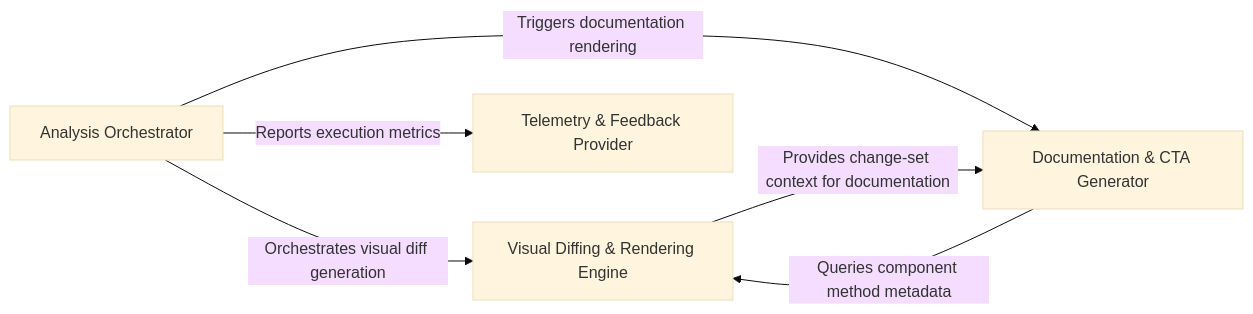
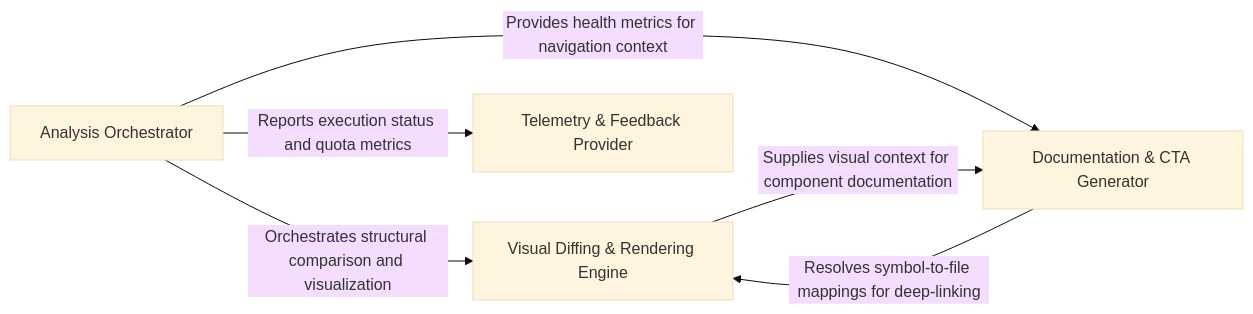
Before and after one commit to CodeBoarding/CodeBoarding-action: the diagram in .codeboarding/overview.md, drawn with Mermaid (base theme). The commit also changed other lines of this file and 7 other files, not shown here.

Commit message:
chore(codeboarding): sync architecture baseline

````diff
--- a/.codeboarding/overview.md
+++ b/.codeboarding/overview.md
@@ -1,16 +1,16 @@
 ```mermaid
 graph LR
     Analysis_Orchestrator["Analysis Orchestrator"]
     Visual_Diffing_Rendering_Engine["Visual Diffing & Rendering Engine"]
     Documentation_CTA_Generator["Documentation & CTA Generator"]
     Telemetry_Feedback_Provider["Telemetry & Feedback Provider"]
-    Analysis_Orchestrator -- "Orchestrates visual diff generation" --> Visual_Diffing_Rendering_Engine
-    Analysis_Orchestrator -- "Triggers documentation rendering" --> Documentation_CTA_Generator
-    Analysis_Orchestrator -- "Reports execution metrics" --> Telemetry_Feedback_Provider
-    Visual_Diffing_Rendering_Engine -- "Provides change-set context for documentation" --> Documentation_CTA_Generator
-    Documentation_CTA_Generator -- "Queries component method metadata" --> Visual_Diffing_Rendering_Engine
+    Analysis_Orchestrator -- "Orchestrates structural comparison and visualization" --> Visual_Diffing_Rendering_Engine
+    Analysis_Orchestrator -- "Provides health metrics for navigation context" --> Documentation_CTA_Generator
+    Analysis_Orchestrator -- "Reports execution status and quota metrics" --> Telemetry_Feedback_Provider
+    Visual_Diffing_Rendering_Engine -- "Supplies visual context for component documentation" --> Documentation_CTA_Generator
+    Documentation_CTA_Generator -- "Resolves symbol-to-file mappings for deep-linking" --> Visual_Diffing_Rendering_Engine
     click Analysis_Orchestrator href "https://github.com/CodeBoarding/CodeBoarding-action/blob/main/.codeboarding/Analysis_Orchestrator.md" "Details"
     click Visual_Diffing_Rendering_Engine href "https://github.com/CodeBoarding/CodeBoarding-action/blob/main/.codeboarding/Visual_Diffing_Rendering_Engine.md" "Details"
     click Documentation_CTA_Generator href "https://github.com/CodeBoarding/CodeBoarding-action/blob/main/.codeboarding/Documentation_CTA_Generator.md" "Details"
     click Telemetry_Feedback_Provider href "https://github.com/CodeBoarding/CodeBoarding-action/blob/main/.codeboarding/Telemetry_Feedback_Provider.md" "Details"
 ```
````
